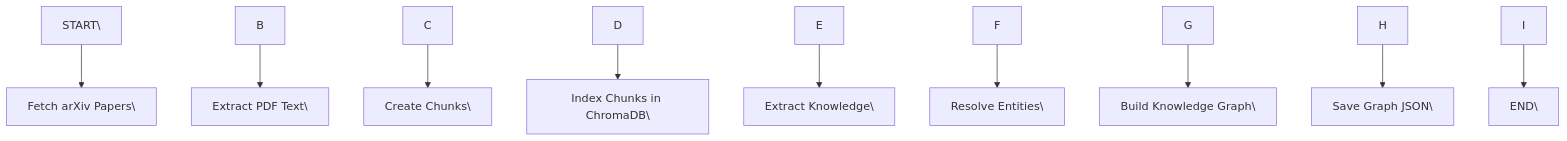
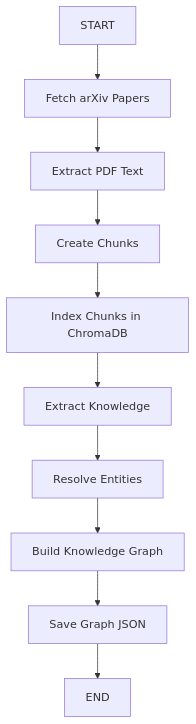
Before and after one commit to ssandhya1184/research-paper-knowledge-graph: the second of 3 diagrams in README.md, drawn with Mermaid. The commit also changed other lines of this file, not shown here.

````diff
--- a/README.md
+++ b/README.md
@@ -710,23 +563,12 @@
 ```mermaid
-
 flowchart TD
-
-    A\[START\] --> B\[Fetch arXiv Papers\]
-
-    B --> C\[Extract PDF Text\]
-
-    C --> D\[Create Chunks\]
-
-    D --> E\[Index Chunks in ChromaDB\]
-
-    E --> F\[Extract Knowledge\]
-
-    F --> G\[Resolve Entities\]
-
-    G --> H\[Build Knowledge Graph\]
-
-    H --> I\[Save Graph JSON\]
-
-    I --> J\[END\]
-
+A[START] --> B[Fetch arXiv Papers]
+B --> C[Extract PDF Text]
+C --> D[Create Chunks]
+D --> E[Index Chunks in ChromaDB]
+E --> F[Extract Knowledge]
+F --> G[Resolve Entities]
+G --> H[Build Knowledge Graph]
+H --> I[Save Graph JSON]
+I --> J[END]
 ```
````
